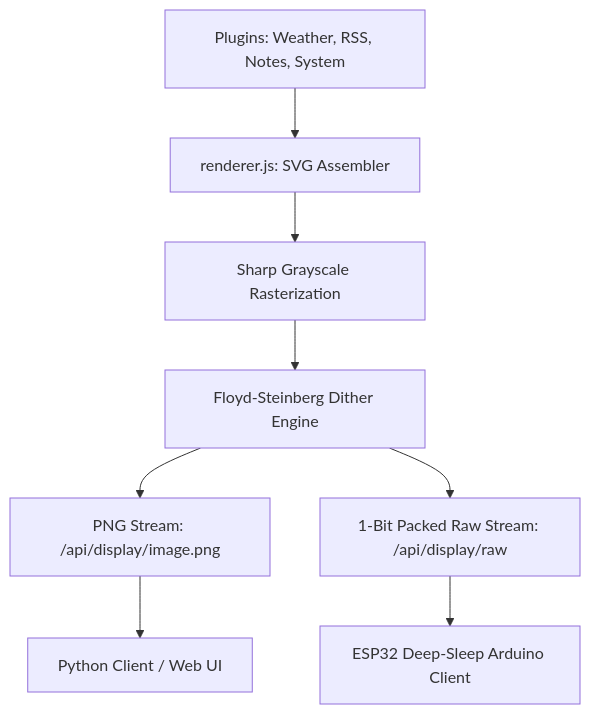
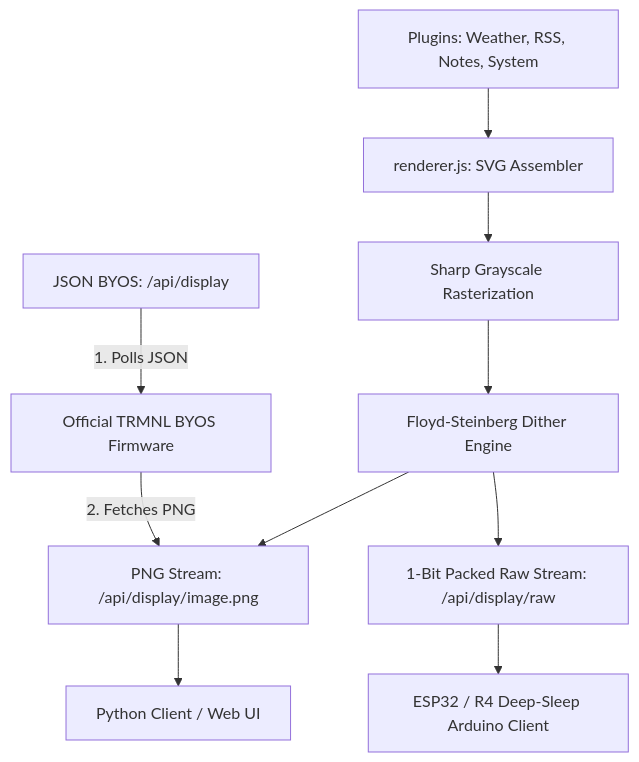
One commit to DerrickJEvans/inkflow-eink changed the diagram in README.md. Above: the diagram before and after it, drawn with Mermaid.

Commit message:
docs: include official TRMNL BYOS firmware polling path in README.md Mermaid diagram

````diff
--- a/README.md
+++ b/README.md
@@ -11,10 +11,15 @@
 ```mermaid
 graph TD
     A[Plugins: Weather, RSS, Notes, System] --> B[renderer.js: SVG Assembler]
     B --> C[Sharp Grayscale Rasterization]
     C --> D[Floyd-Steinberg Dither Engine]
+    
     D --> E[PNG Stream: /api/display/image.png]
     D --> F[1-Bit Packed Raw Stream: /api/display/raw]
+    
     E --> G[Python Client / Web UI]
-    F --> H[ESP32 Deep-Sleep Arduino Client]
+    F --> H[ESP32 / R4 Deep-Sleep Arduino Client]
+    
+    I[JSON BYOS: /api/display] -->|1. Polls JSON| J[Official TRMNL BYOS Firmware]
+    J -->|2. Fetches PNG| E
 ```
````
